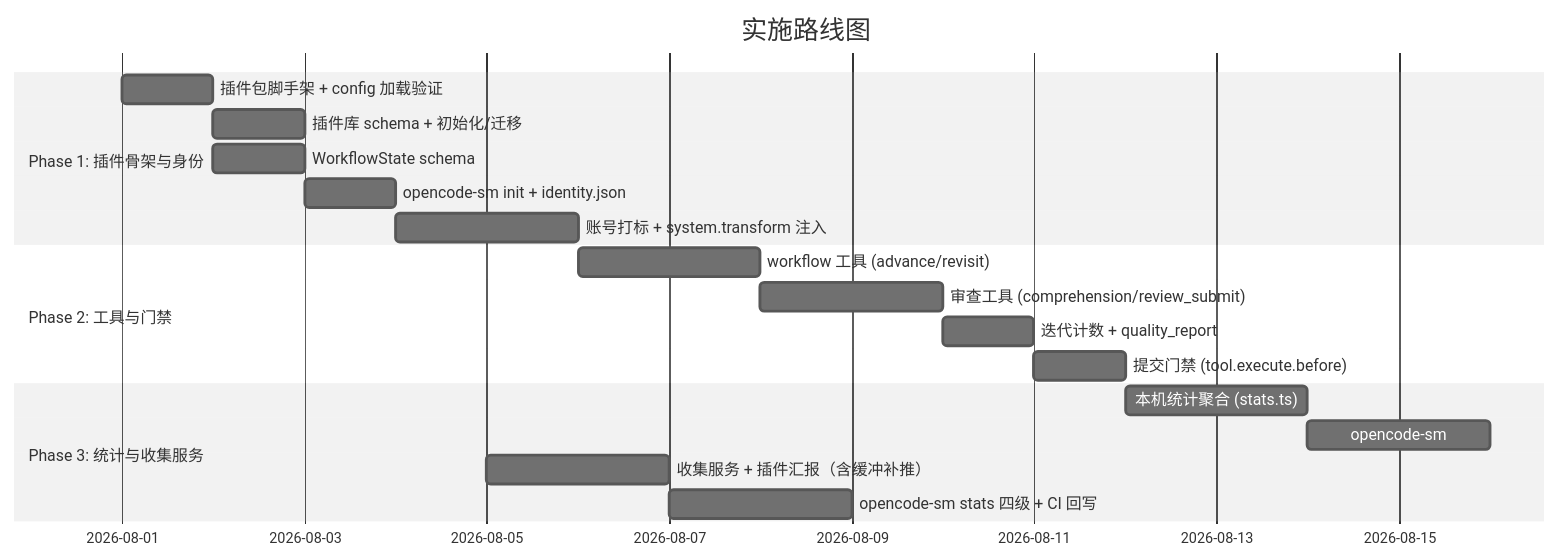
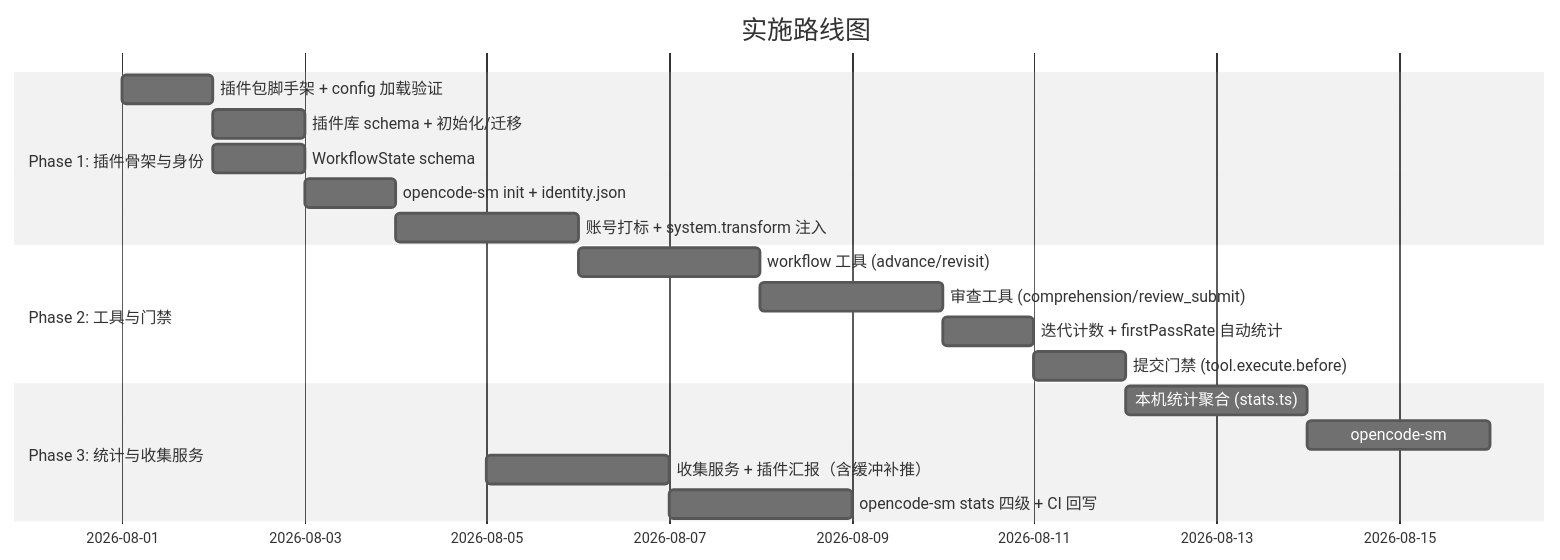
Diagram 15 of 15 in opencode-session-mgmt/docs/session-management.md (wonglaitung/opencode), drawn with Mermaid (neutral theme) before and after one commit. The commit also changed other lines of this file, not shown here.

````diff
--- a/opencode-session-mgmt/docs/session-management.md
+++ b/opencode-session-mgmt/docs/session-management.md
@@ -1229,24 +1264,24 @@
 ```mermaid
 gantt
     title 实施路线图
     dateFormat YYYY-MM-DD
 
     section Phase 1: 插件骨架与身份
     插件包脚手架 + config 加载验证      :p1a, 2026-08-01, 1d
     插件库 schema + 初始化/迁移          :p1b, after p1a, 1d
     WorkflowState schema                 :p1c, after p1a, 1d
     opencode-sm init + identity.json     :p1d, after p1b, 1d
     账号打标 + system.transform 注入      :p1e, after p1d, 2d
 
     section Phase 2: 工具与门禁
     workflow 工具 (advance/revisit)       :p2a, after p1e, 2d
     审查工具 (comprehension/review_submit) :p2b, after p2a, 2d
-    迭代计数 + quality_report             :p2c, after p2b, 1d
+    迭代计数 + firstPassRate 自动统计     :p2c, after p2b, 1d
     提交门禁 (tool.execute.before)        :p2d, after p2c, 1d
 
     section Phase 3: 统计与收集服务
     本机统计聚合 (stats.ts)               :p3a, after p2d, 2d
     opencode-sm: tag/workflow/list        :p3b, after p3a, 2d
     收集服务 + 插件汇报（含缓冲补推）        :p3c, after p3b, 2d
     opencode-sm stats 四级 + CI 回写       :p3d, after p3c, 2d
 ```
````
